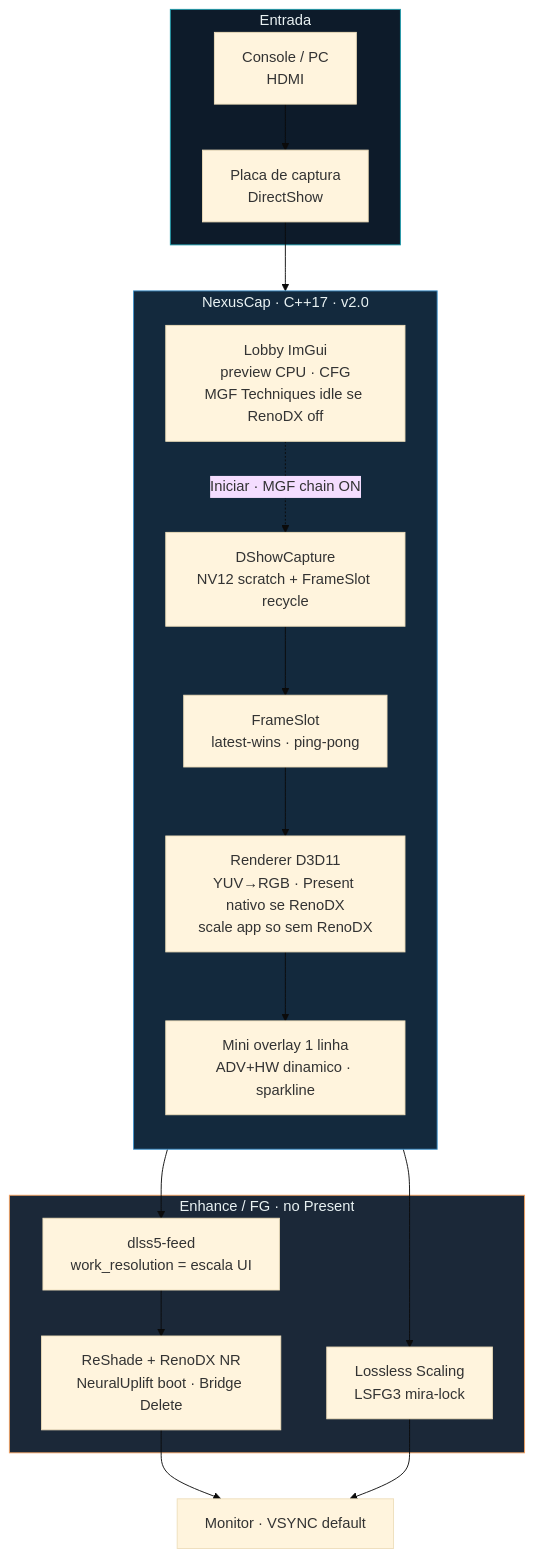
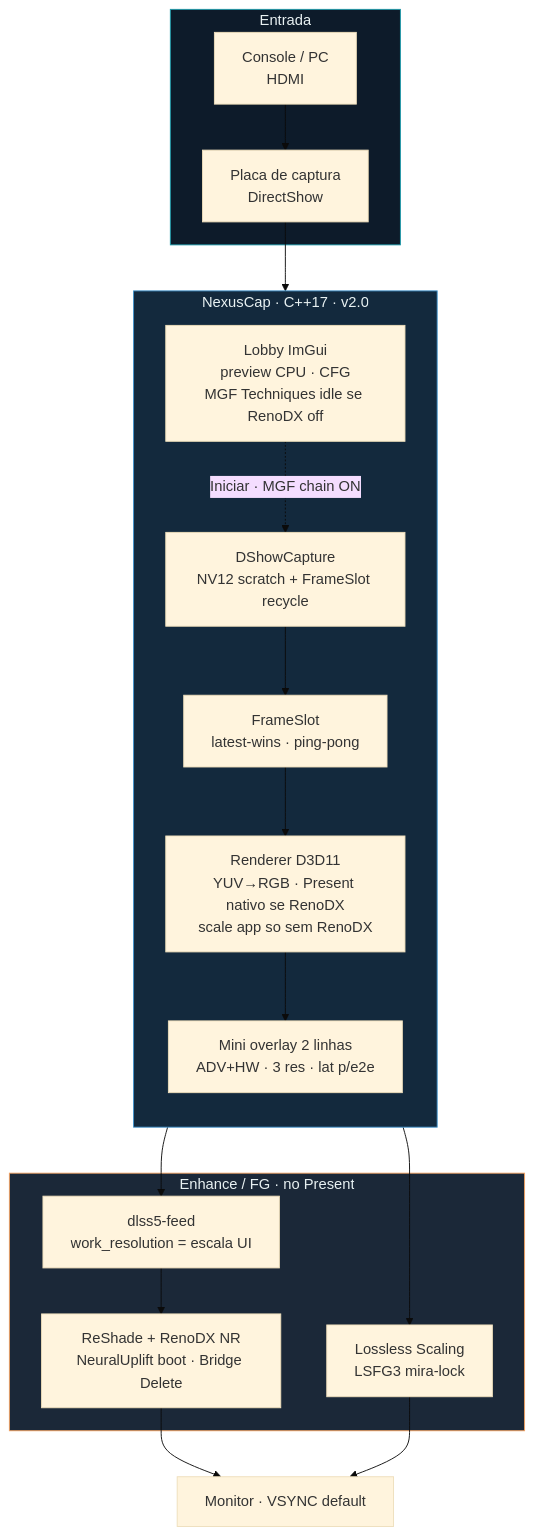
One commit to lealvjo/NexusCap changed the diagram in README.md. Above: the diagram before and after it, drawn with Mermaid (base theme). The commit also changed other lines of this file and 18 other files, not shown here.

````diff
--- a/README.md
+++ b/README.md
@@ -104,35 +109,35 @@
 ```mermaid
 flowchart TB
   subgraph IN["Entrada"]
     HDMI["Console / PC<br/>HDMI"]
     CARD["Placa de captura<br/>DirectShow"]
     HDMI --> CARD
   end
 
   subgraph APP["NexusCap · C++17 · v2.0"]
     direction TB
     LOBBY["Lobby ImGui<br/>preview CPU · CFG<br/>MGF Techniques idle se RenoDX off"]
     CAP["DShowCapture<br/>NV12 scratch + FrameSlot recycle"]
     SLOT["FrameSlot<br/>latest-wins · ping-pong"]
     REND["Renderer D3D11<br/>YUV→RGB · Present nativo se RenoDX<br/>scale app so sem RenoDX"]
-    HUD["Mini overlay 1 linha<br/>ADV+HW dinamico · sparkline"]
+    HUD["Mini overlay 2 linhas<br/>ADV+HW · 3 res · lat p/e2e"]
     LOBBY -.->|Iniciar · MGF chain ON| CAP
     CARD --> CAP --> SLOT --> REND
     REND --> HUD
   end
 
   subgraph FX["Enhance / FG · no Present"]
     FEED["dlss5-feed<br/>work_resolution = escala UI"]
     RENO["ReShade + RenoDX NR<br/>NeuralUplift boot · Bridge Delete"]
     FG["Lossless Scaling<br/>LSFG3 mira-lock"]
   end
 
   REND --> FEED --> RENO
   REND --> FG
   RENO --> OUT["Monitor · VSYNC default"]
   FG --> OUT
 
   style IN fill:#0d1b2a,stroke:#1b9aaa,color:#e8f1f2
   style APP fill:#13293d,stroke:#3e92cc,color:#e8f1f2
   style FX fill:#1b2838,stroke:#f4a261,color:#e8f1f2
 ```
````
